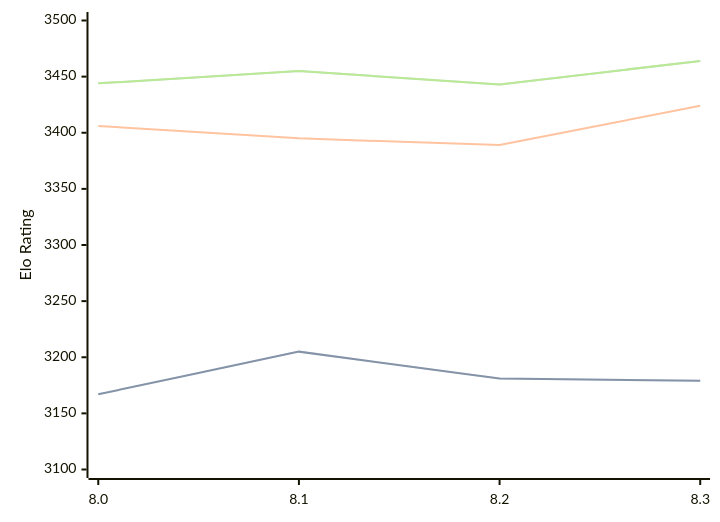
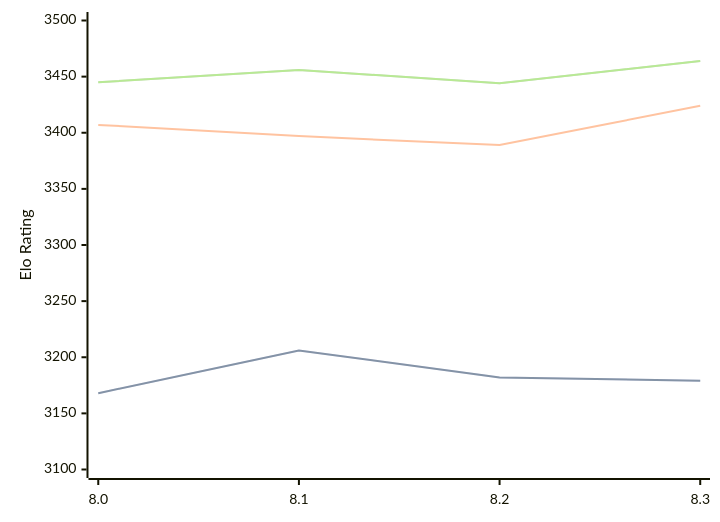
Before and after one commit to computer-chess-index/cci: the diagram in engines/Alexander.md, drawn with Mermaid. The commit also changed other lines of this file, not shown here.

Commit message:
Update CCI Ratings (ELO VLTC) - 2026-04-13

````diff
--- a/engines/Alexander.md
+++ b/engines/Alexander.md
@@ -48,11 +48,11 @@
 ```mermaid
 %%{init: {"theme":"base","themeVariables":{"seriesColors:['#a3a3a3','#222221','#faa371']}}}%%
 xychart-beta
   x-axis ["8.0", "8.1", "8.2", "8.3"]
   y-axis "Elo Rating" 3100 --> 3500
-  line "STC (8.0+0.08s)" [3167, 3205, 3181, 3179]
-  line "STC (8.0+0.08s)" [3167, 3205, 3181, 3179]
-  line "LTC (60.0+0.60s)" [3406, 3395, 3389, 3424]
-  line "VLTC (2m24s+1.12s)" [3444, 3455, 3443, 3464]
-  line "VLTC (2m24s+1.12s)" [3444, 3455, 3443, 3464]
+  line "STC (8.0+0.08s)" [3168, 3206, 3182, 3179]
+  line "STC (8.0+0.08s)" [3168, 3206, 3182, 3179]
+  line "LTC (60.0+0.60s)" [3407, 3397, 3389, 3424]
+  line "VLTC (2m24s+1.12s)" [3445, 3456, 3444, 3464]
+  line "VLTC (2m24s+1.12s)" [3445, 3456, 3444, 3464]
 ```
````
